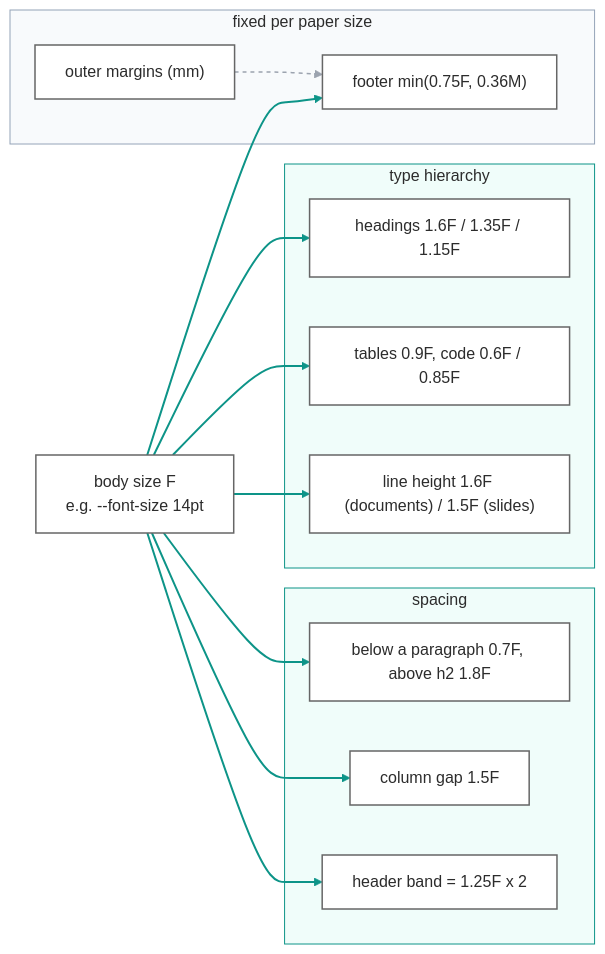
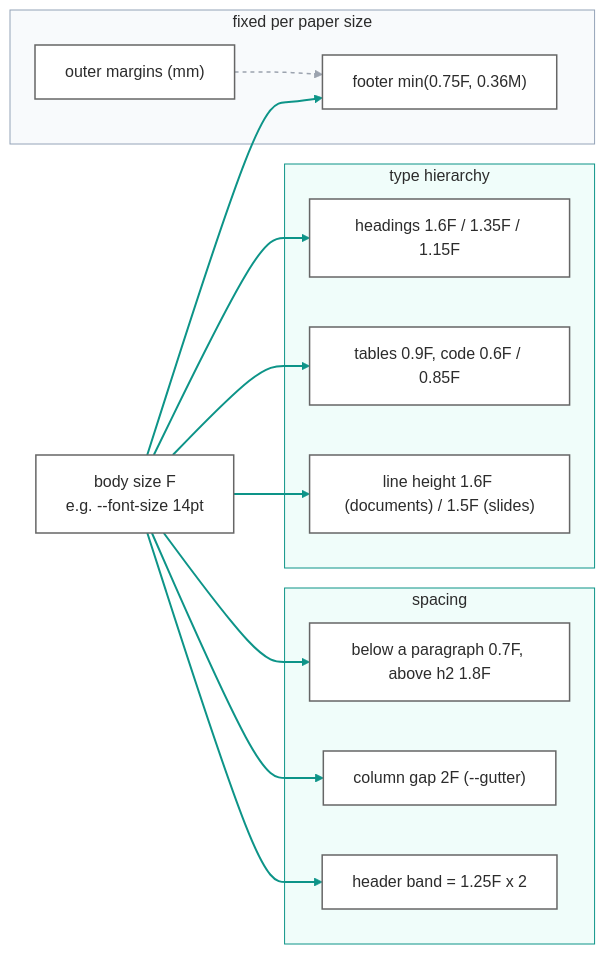
One commit to gospelo-dev/md2html changed the first of 3 diagrams in docs/DESIGN.md. Above: the diagram before and after it, drawn with Mermaid. The commit also changed other lines of this file and 28 other files, not shown here.

````diff
--- a/docs/DESIGN.md
+++ b/docs/DESIGN.md
@@ -11,34 +11,34 @@
 ```mermaid
 flowchart LR
     F["body size F<br/>e.g. --font-size 14pt"]
     subgraph Type["type hierarchy"]
         H["headings 1.6F / 1.35F / 1.15F"]
         T["tables 0.9F, code 0.6F / 0.85F"]
         L["line height 1.6F (documents) / 1.5F (slides)"]
     end
     subgraph Space["spacing"]
         P["below a paragraph 0.7F, above h2 1.8F"]
-        G["column gap 1.5F"]
+        G["column gap 2F (--gutter)"]
         B["header band = 1.25F x 2"]
     end
     subgraph Fix["fixed per paper size"]
         M["outer margins (mm)"]
         Foot["footer min(0.75F, 0.36M)"]
     end
     F --> H
     F --> T
     F --> L
     F --> P
     F --> G
     F --> B
     F --> Foot
     M -.-> Foot
 
     classDef node fill:#FFFFFF,stroke:#666666,stroke-width:1.5px,color:#2C2C2C
     class F,H,T,L,P,G,B,M,Foot node
     style Type fill:#F0FDFA,stroke:#0D9488,color:#2C2C2C
     style Space fill:#F0FDFA,stroke:#0D9488,color:#2C2C2C
     style Fix fill:#F8FAFC,stroke:#94A3B8,color:#2C2C2C
     linkStyle 0,1,2,3,4,5,6 stroke:#0D9488,stroke-width:2px
     linkStyle 7 stroke:#9CA3AF,stroke-width:1.5px,stroke-dasharray:4 4
 ```
````
